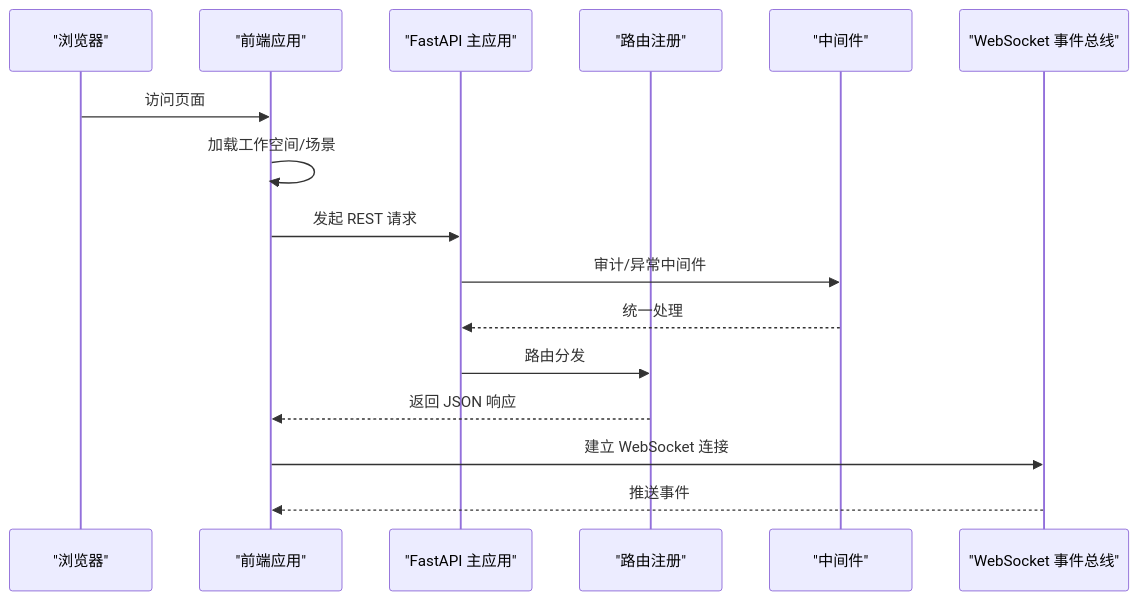
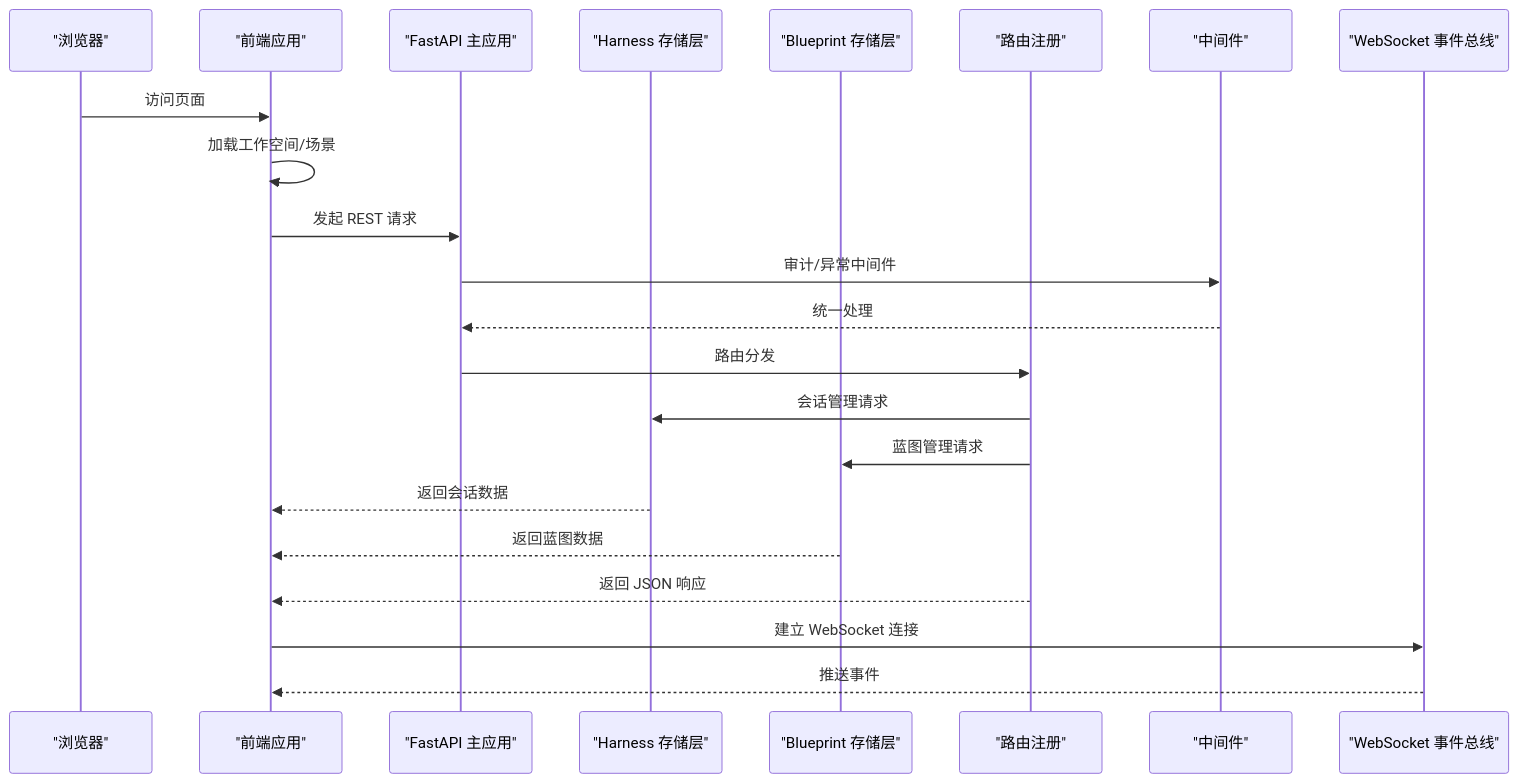
The second of 11 diagrams in .qoder/repowiki/zh/content/架构设计/分层架构设计/L5-L6 接口层/L5-L6 接口层.md (inier/ontology-graphiti), drawn with Mermaid before and after one commit. The commit also changed other lines of this file and 85 other files, not shown here.

````diff
--- a/.qoder/repowiki/zh/content/架构设计/分层架构设计/L5-L6 接口层/L5-L6 接口层.md
+++ b/.qoder/repowiki/zh/content/架构设计/分层架构设计/L5-L6 接口层/L5-L6 接口层.md
@@ -131,18 +174,24 @@
 ```mermaid
 sequenceDiagram
 participant Browser as "浏览器"
 participant Frontend as "前端应用"
 participant API as "FastAPI 主应用"
+participant Harness as "Harness 存储层"
+participant Blueprint as "Blueprint 存储层"
 participant Router as "路由注册"
 participant MW as "中间件"
 participant WS as "WebSocket 事件总线"
 Browser->>Frontend : 访问页面
 Frontend->>Frontend : 加载工作空间/场景
 Frontend->>API : 发起 REST 请求
 API->>MW : 审计/异常中间件
 MW-->>API : 统一处理
 API->>Router : 路由分发
+Router->>Harness : 会话管理请求
+Router->>Blueprint : 蓝图管理请求
+Harness-->>Frontend : 返回会话数据
+Blueprint-->>Frontend : 返回蓝图数据
 Router-->>Frontend : 返回 JSON 响应
 Frontend->>WS : 建立 WebSocket 连接
 WS-->>Frontend : 推送事件
 ```
````
